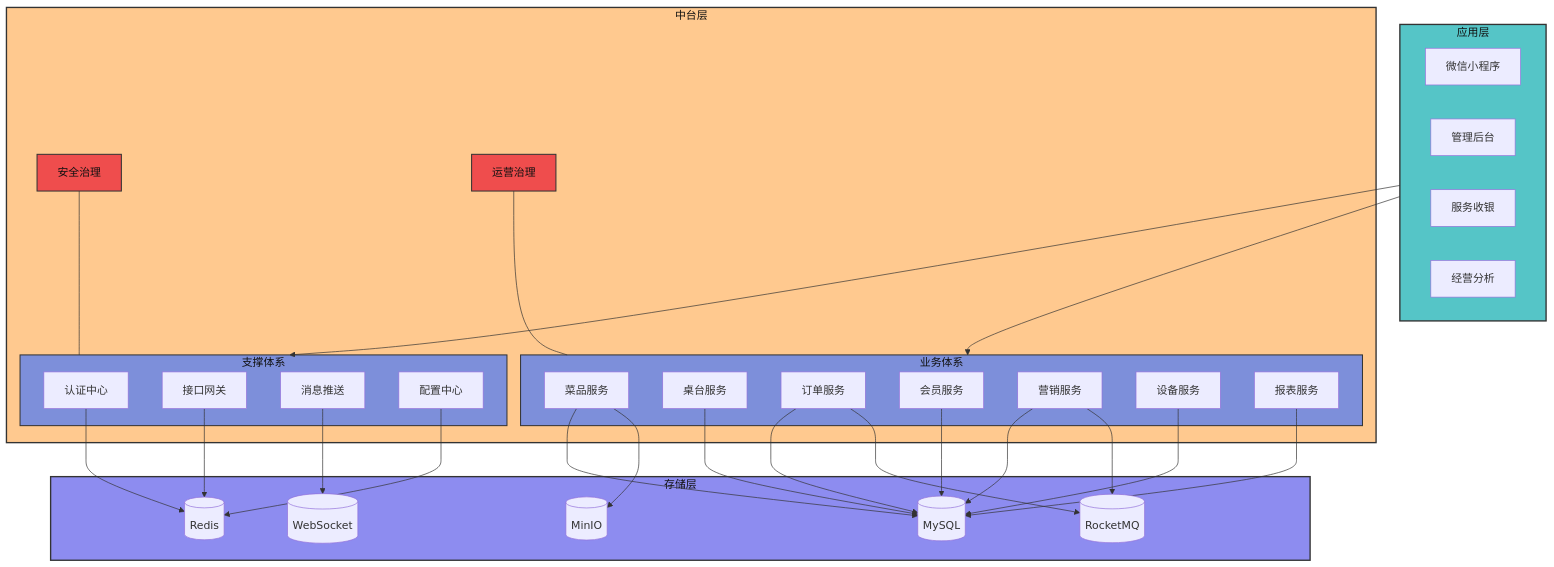
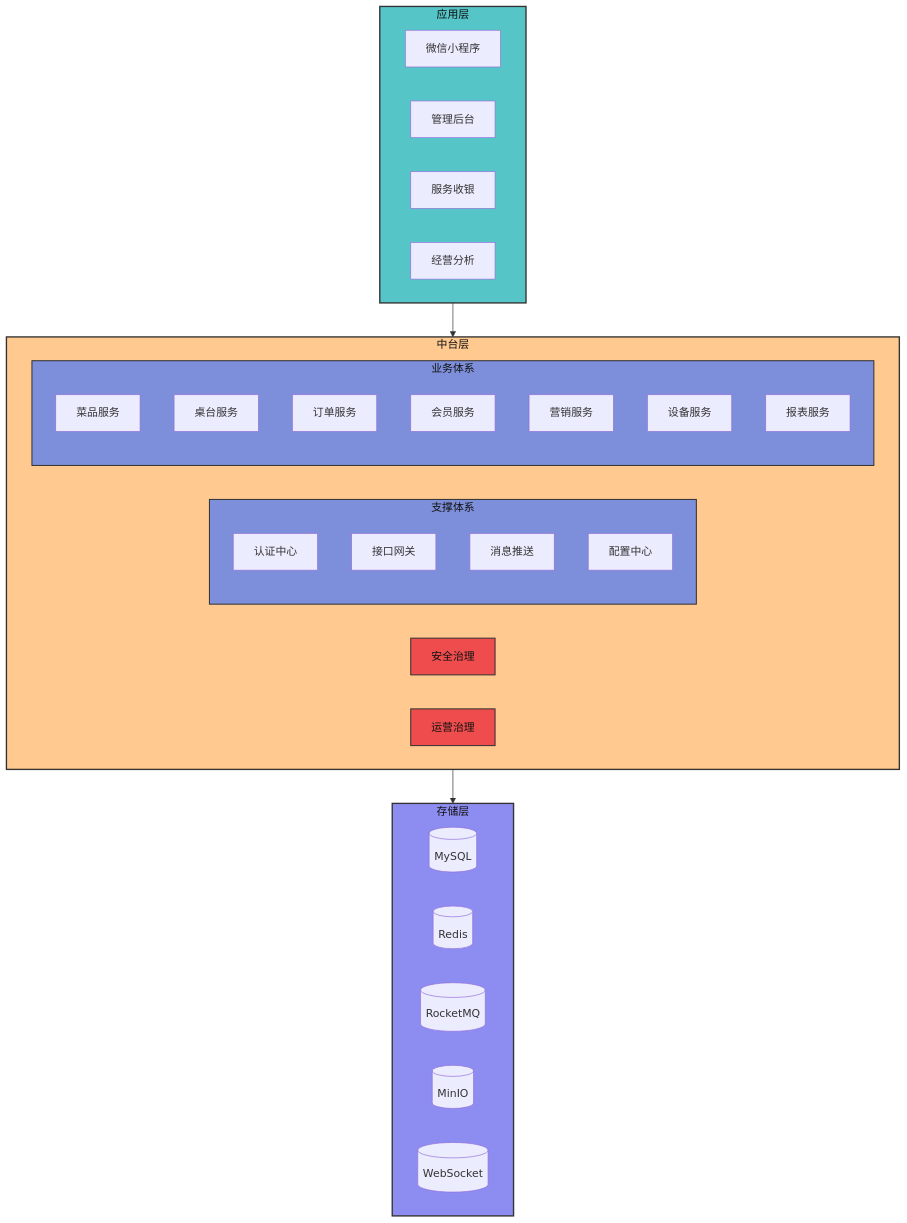
One commit to meisijiya/DIANCAN-SYSTEM changed the first of 3 diagrams in readme.md. Above: the diagram before and after it, drawn with Mermaid. The commit also changed other lines of this file, not shown here.

````diff
--- a/readme.md
+++ b/readme.md
@@ -34,66 +34,50 @@
 ```mermaid
 flowchart TB
     subgraph Top[应用层]
         MINI[微信小程序]
         WEB[管理后台]
         SERVICE[服务收银]
         BI[经营分析]
     end
 
     subgraph Center[中台层]
         SAFE[安全治理]
         OPSM[运营治理]
 
         subgraph Platform[支撑体系]
             AUTH[认证中心]
             GATEWAY[接口网关]
             SOCKET[消息推送]
             CONFIG[配置中心]
         end
 
         subgraph Core[业务体系]
             DISH[菜品服务]
             TABLE[桌台服务]
             ORDER[订单服务]
             MEMBER[会员服务]
             MKT[营销服务]
             DEVICE[设备服务]
             REPORT[报表服务]
         end
     end
 
     subgraph Bottom[存储层]
         MYSQL[(MySQL)]
         REDIS[(Redis)]
         MQ[(RocketMQ)]
         MINIO[(MinIO)]
         WS[(WebSocket)]
     end
 
-    Top --> Platform
-    Top --> Core
-    SAFE --- Platform
-    OPSM --- Core
-    AUTH --> REDIS
-    GATEWAY --> REDIS
-    SOCKET --> WS
-    CONFIG --> REDIS
-    DISH --> MYSQL
-    DISH --> MINIO
-    TABLE --> MYSQL
-    ORDER --> MYSQL
-    ORDER --> MQ
-    MEMBER --> MYSQL
-    MKT --> MYSQL
-    MKT --> MQ
-    DEVICE --> MYSQL
-    REPORT --> MYSQL
+    Top --> Center
+    Center --> Bottom
 
     style Top fill:#55c5c7,stroke:#333,stroke-width:2px,color:#111
     style Center fill:#ffc98f,stroke:#333,stroke-width:2px,color:#111
     style Bottom fill:#8d8cf0,stroke:#333,stroke-width:2px,color:#111
     style Platform fill:#7d8fda,stroke:#333,stroke-width:1.5px,color:#111
     style Core fill:#7d8fda,stroke:#333,stroke-width:1.5px,color:#111
     style SAFE fill:#ef4d4d,stroke:#333,stroke-width:1.5px,color:#111
     style OPSM fill:#ef4d4d,stroke:#333,stroke-width:1.5px,color:#111
 ```
````
